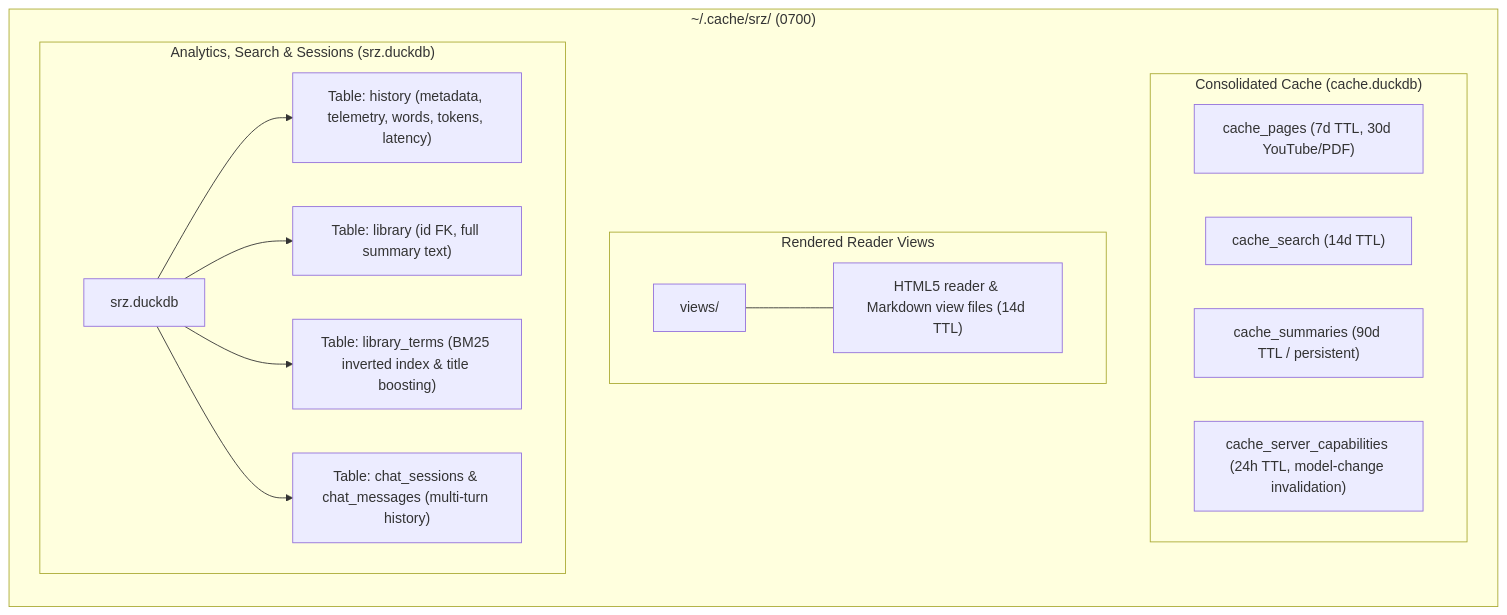
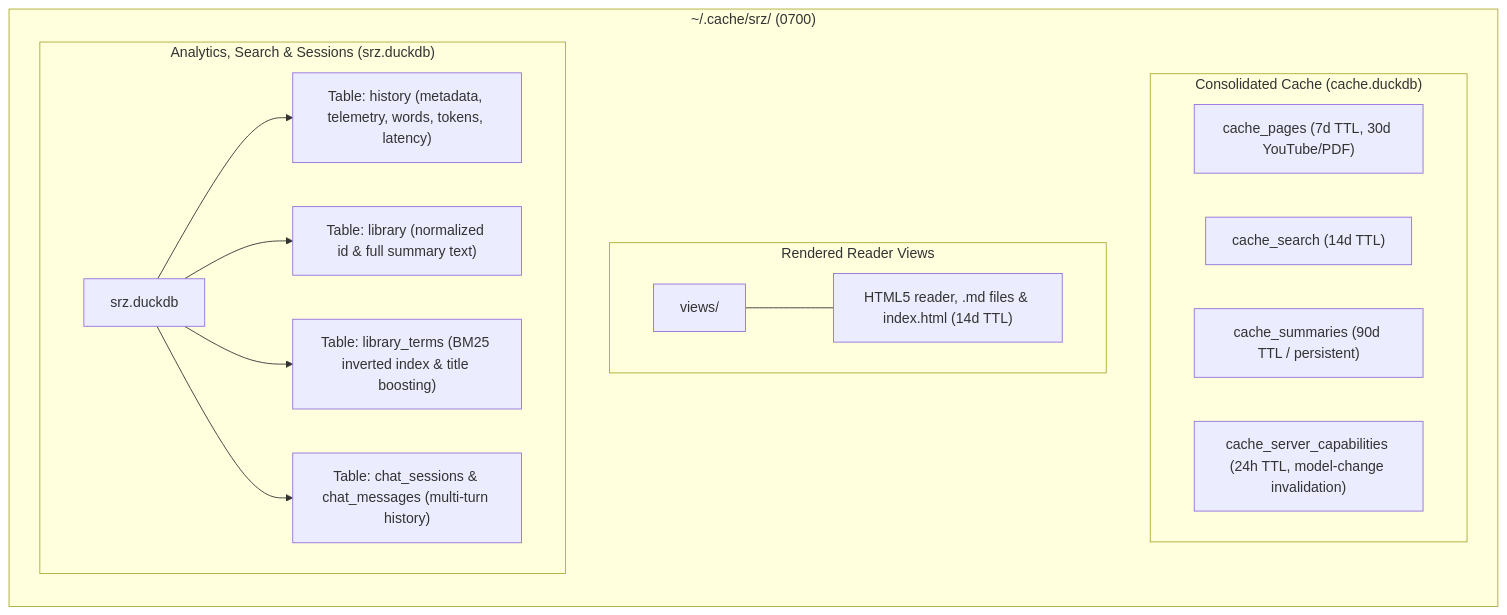
Before and after one commit to NewGuy012/srz: the third of 3 diagrams in book/src/architecture.md, drawn with Mermaid. The commit also changed other lines of this file and 5 other files, not shown here.

````diff
--- a/book/src/architecture.md
+++ b/book/src/architecture.md
@@ -80,21 +181,21 @@
 ```mermaid
 graph LR
-    subgraph CacheRoot["~/.cache/srz/ (0700)"]
+    subgraph Root["~/.cache/srz/ (0700)"]
         subgraph CacheEngine["Consolidated Cache (cache.duckdb)"]
             CP["cache_pages (7d TTL, 30d YouTube/PDF)"]
             CS["cache_search (14d TTL)"]
             CM["cache_summaries (90d TTL / persistent)"]
             CC["cache_server_capabilities (24h TTL, model-change invalidation)"]
         end
         subgraph ViewsDir["Rendered Reader Views"]
-            V["views/"] --- V_desc["HTML5 reader & Markdown view files (14d TTL)"]
+            V["views/"] --- V_desc["HTML5 reader, .md files & index.html (14d TTL)"]
         end
         subgraph LibraryDB["Analytics, Search & Sessions (srz.duckdb)"]
             D["srz.duckdb"]
             D --> T1["Table: history (metadata, telemetry, words, tokens, latency)"]
-            D --> T2["Table: library (id FK, full summary text)"]
+            D --> T2["Table: library (normalized id & full summary text)"]
             D --> T3["Table: library_terms (BM25 inverted index & title boosting)"]
             D --> T4["Table: chat_sessions & chat_messages (multi-turn history)"]
         end
     end
 ```
````
